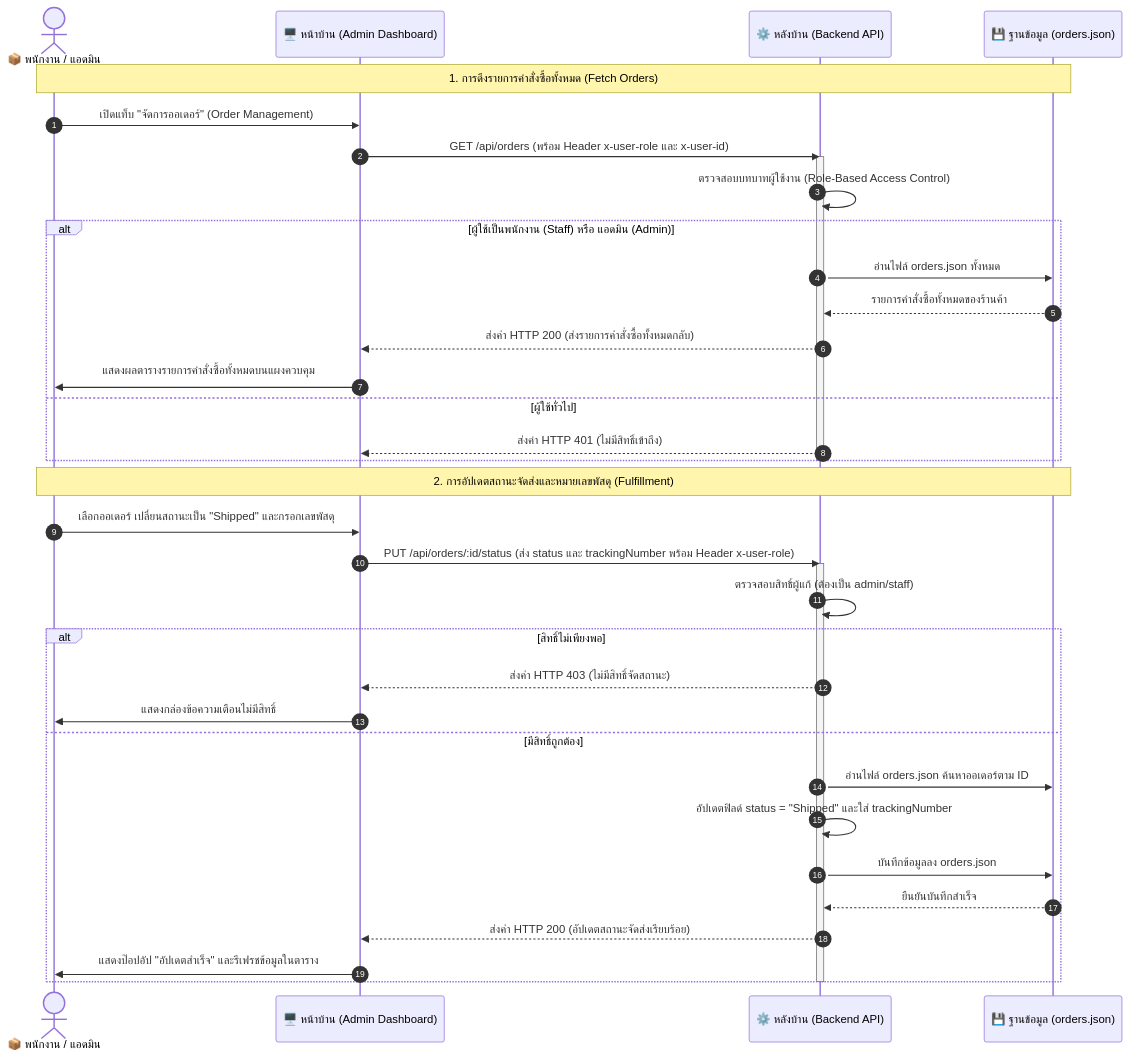
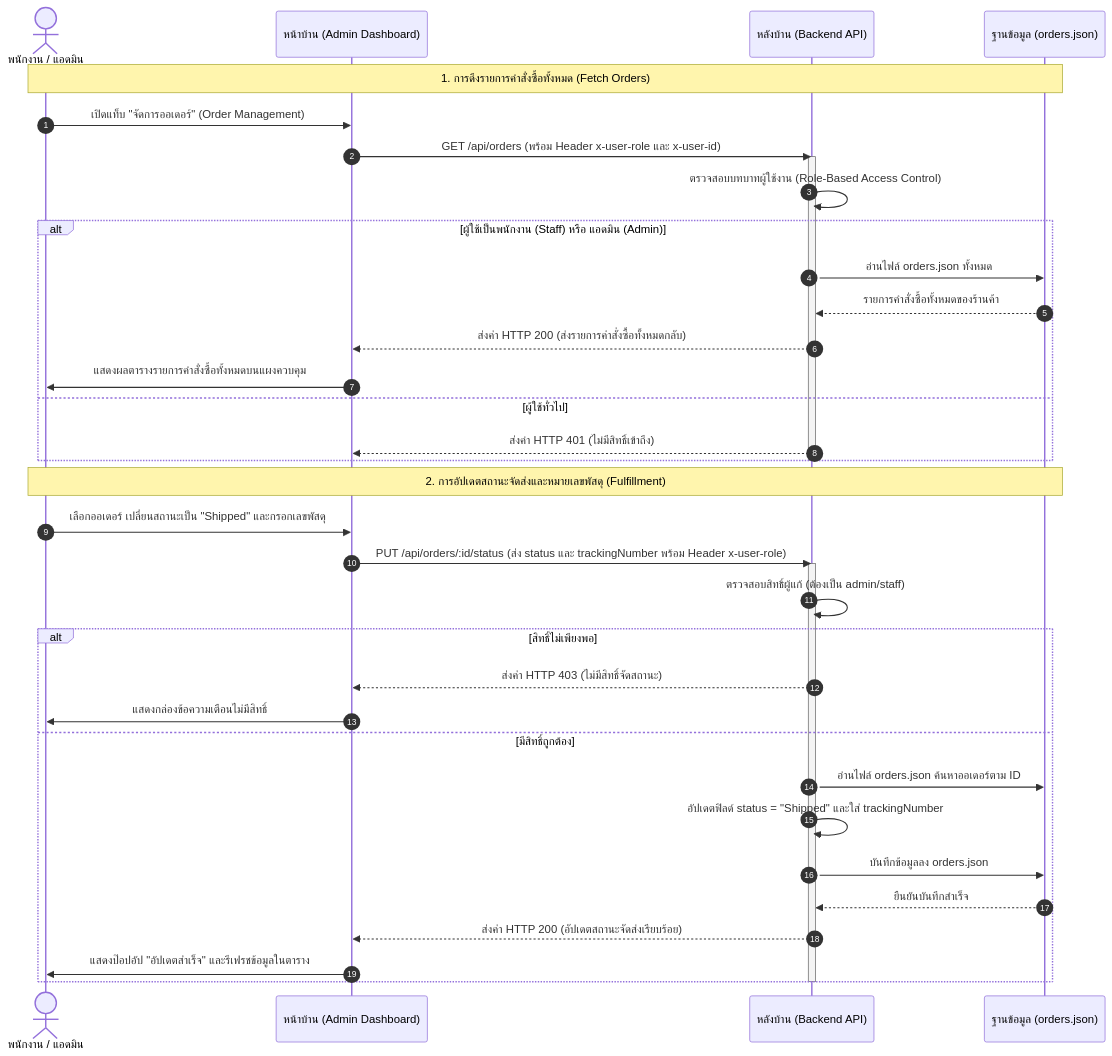
The sixth of 8 diagrams in system_design.md (neoaway2909/fitpung), drawn with Mermaid before and after one commit. The commit also changed other lines of this file, not shown here.

````diff
--- a/system_design.md
+++ b/system_design.md
@@ -383,41 +384,41 @@
 ```mermaid
 sequenceDiagram
   autonumber
-  actor Staff as 📦 พนักงาน / แอดมิน
-  participant FE as 🖥️ หน้าบ้าน (Admin Dashboard)
-  participant BE as ⚙️ หลังบ้าน (Backend API)
-  participant DB as 💾 ฐานข้อมูล (orders.json)
+  actor Staff as พนักงาน / แอดมิน
+  participant FE as หน้าบ้าน (Admin Dashboard)
+  participant BE as หลังบ้าน (Backend API)
+  participant DB as ฐานข้อมูล (orders.json)
 
   Note over Staff, DB: 1. การดึงรายการคำสั่งซื้อทั้งหมด (Fetch Orders)
   Staff->>FE: เปิดแท็บ "จัดการออเดอร์" (Order Management)
   FE->>BE: GET /api/orders (พร้อม Header x-user-role และ x-user-id)
   activate BE
   BE->>BE: ตรวจสอบบทบาทผู้ใช้งาน (Role-Based Access Control)
   alt ผู้ใช้เป็นพนักงาน (Staff) หรือ แอดมิน (Admin)
     BE->>DB: อ่านไฟล์ orders.json ทั้งหมด
     DB-->>BE: รายการคำสั่งซื้อทั้งหมดของร้านค้า
     BE-->>FE: ส่งค่า HTTP 200 (ส่งรายการคำสั่งซื้อทั้งหมดกลับ)
     FE->>Staff: แสดงผลตารางรายการคำสั่งซื้อทั้งหมดบนแผงควบคุม
   else ผู้ใช้ทั่วไป
     BE-->>FE: ส่งค่า HTTP 401 (ไม่มีสิทธิ์เข้าถึง)
   end
   deactivate BE
 
   Note over Staff, DB: 2. การอัปเดตสถานะจัดส่งและหมายเลขพัสดุ (Fulfillment)
   Staff->>FE: เลือกออเดอร์ เปลี่ยนสถานะเป็น "Shipped" และกรอกเลขพัสดุ
   FE->>BE: PUT /api/orders/:id/status (ส่ง status และ trackingNumber พร้อม Header x-user-role)
   activate BE
   BE->>BE: ตรวจสอบสิทธิ์ผู้แก้ (ต้องเป็น admin/staff)
   alt สิทธิ์ไม่เพียงพอ
     BE-->>FE: ส่งค่า HTTP 403 (ไม่มีสิทธิ์จัดสถานะ)
     FE->>Staff: แสดงกล่องข้อความเตือนไม่มีสิทธิ์
   else มีสิทธิ์ถูกต้อง
     BE->>DB: อ่านไฟล์ orders.json ค้นหาออเดอร์ตาม ID
     BE->>BE: อัปเดตฟิลด์ status = "Shipped" และใส่ trackingNumber
     BE->>DB: บันทึกข้อมูลลง orders.json
     DB-->>BE: ยืนยันบันทึกสำเร็จ
     BE-->>FE: ส่งค่า HTTP 200 (อัปเดตสถานะจัดส่งเรียบร้อย)
     FE->>Staff: แสดงป๊อปอัป "อัปเดตสำเร็จ" และรีเฟรชข้อมูลในตาราง
   end
   deactivate BE
 ```
````
